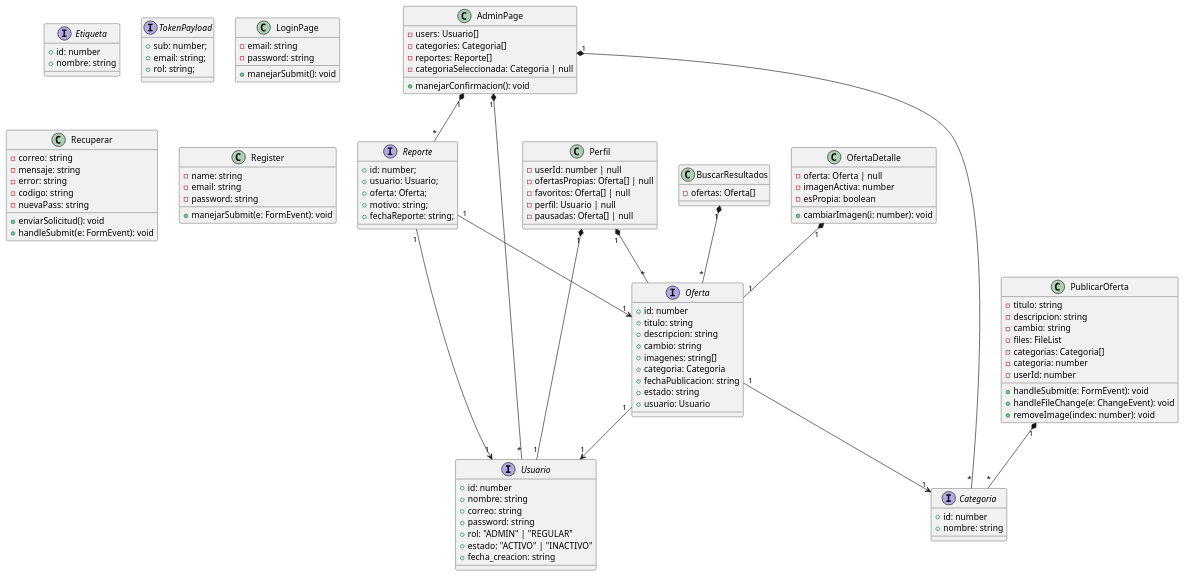
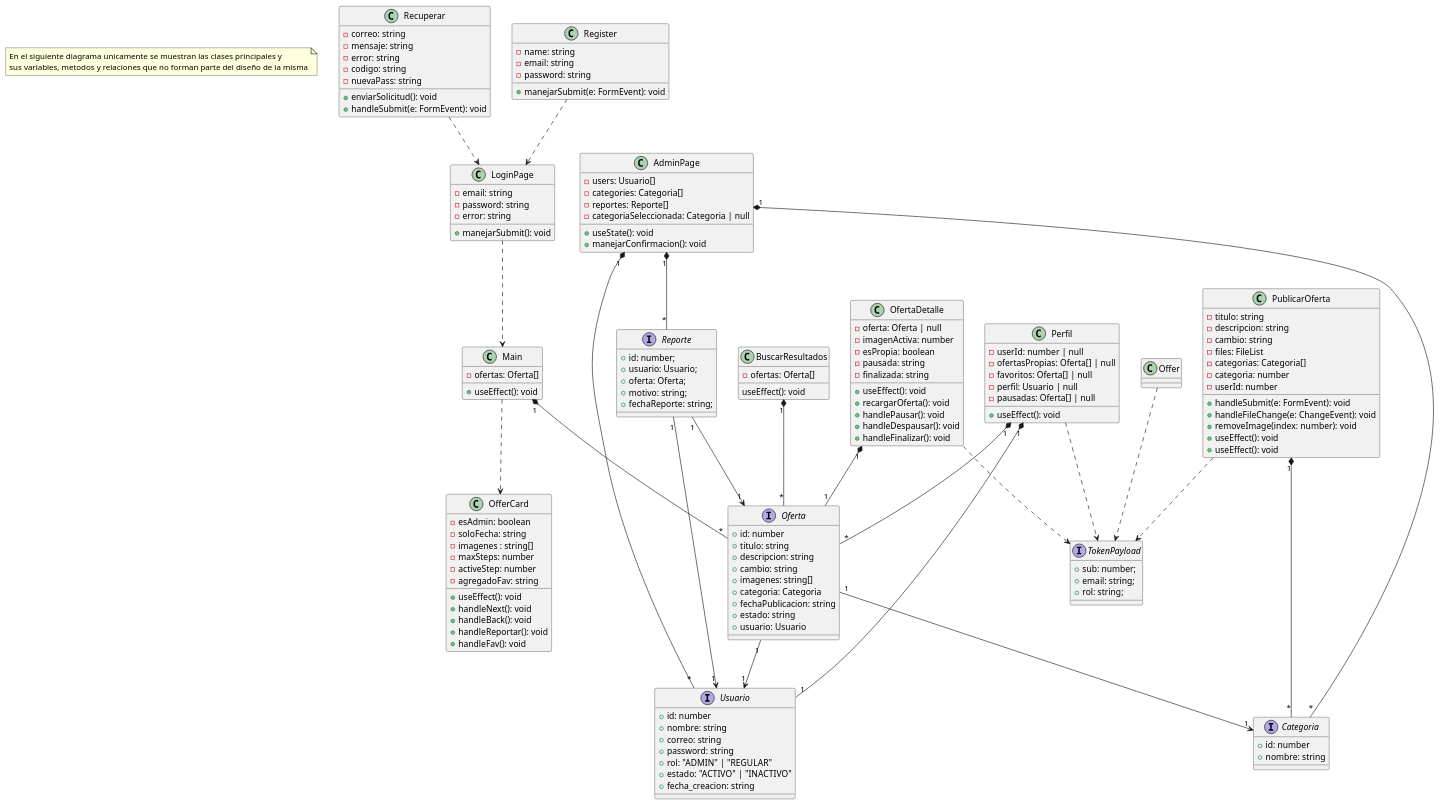
The diagram in diagramaClases.puml (Nando698/trueque-app), drawn with PlantUML before and after one commit. The commit also changed 2 other files, not shown here.

Commit message:
corrección diagrama de clases y armado diagrama de componentes

```diff
--- a/diagramaClases.puml
+++ b/diagramaClases.puml
@@ -1,148 +1,193 @@
 @startuml diagramaClases
+
+note as N1
+En el siguiente diagrama unicamente se muestran las clases principales y 
+sus variables, metodos y relaciones que no forman parte del diseño de la misma
+end note
 
 Interface Usuario{
     +id: number
     +nombre: string
     +correo: string
     +password: string
     +rol: "ADMIN" | "REGULAR"
     +estado: "ACTIVO" | "INACTIVO"
     +fecha_creacion: string
 }
 
 Interface Oferta{
     +id: number
     +titulo: string
     +descripcion: string
     +cambio: string
     +imagenes: string[]
     +categoria: Categoria
     +fechaPublicacion: string
     +estado: string
     +usuario: Usuario
 }
 
 Interface Categoria{
     +id: number
     +nombre: string
 }
 
-Interface Etiqueta{
-    +id: number
-    +nombre: string
-}
-
 interface Reporte{
     +id: number;
     +usuario: Usuario;
     +oferta: Oferta;
     +motivo: string;
     +fechaReporte: string;
 }
 
 interface TokenPayload{
     +sub: number;
     +email: string;
     +rol: string;
 }
 
+class Main{
+    - ofertas: Oferta[]
+    +useEffect(): void
+}
+
 class AdminPage {
     - users: Usuario[]
     - categories: Categoria[]
     - reportes: Reporte[]
     - categoriaSeleccionada: Categoria | null
+    + useState(): void
     + manejarConfirmacion(): void
 }
 
 class LoginPage {
     - email: string
     - password: string
+    - error: string
     + manejarSubmit(): void
 }
 
 class BuscarResultados{
     - ofertas: Oferta[]
+    useEffect(): void
 }
 
 class Perfil{
     - userId: number | null
     - ofertasPropias: Oferta[] | null
     - favoritos: Oferta[] | null
     - perfil: Usuario | null
     - pausadas: Oferta[] | null
+    + useEffect(): void
 }
 
 class OfertaDetalle {
     - oferta: Oferta | null
     - imagenActiva: number
     - esPropia: boolean
-    + cambiarImagen(i: number): void
+    - pausada: string
+    -finalizada: string
+    + useEffect(): void
+    + recargarOferta(): void
+    + handlePausar(): void
+    + handleDespausar(): void
+    + handleFinalizar(): void
 }
 
 class PublicarOferta {
     - titulo: string
     - descripcion: string
     - cambio: string
     - files: FileList
     - categorias: Categoria[]
     - categoria: number
     - userId: number
     + handleSubmit(e: FormEvent): void
     + handleFileChange(e: ChangeEvent): void
     + removeImage(index: number): void
+    + useEffect(): void
+    + useEffect(): void
 }
 
 class Recuperar{
     - correo: string
     - mensaje: string
     - error: string
     - codigo: string
     - nuevaPass: string
 
     + enviarSolicitud(): void
     + handleSubmit(e: FormEvent): void
 }
 
 class Register{
     - name: string
     - email: string
     - password: string
-
     + manejarSubmit(e: FormEvent): void
 }
 
+class OfferCard{
+    - esAdmin: boolean
+    - soloFecha: string
+    - imagenes : string[]
+    - maxSteps: number
+    - activeStep: number
+    - agregadoFav: string
+    + useEffect(): void
+    + handleNext(): void
+    + handleBack(): void
+    + handleReportar(): void
+    + handleFav(): void
+}
+
 ' RELACIONES
+
+' Main
+Main "1" *-- "*" Oferta
 
 ' adminPage
 
 AdminPage "1" *-- "*" Usuario
 AdminPage "1" *-- "*" Categoria
 AdminPage "1" *-- "*" Reporte
 
 Reporte "1" --> "1" Usuario
 Reporte "1" --> "1" Oferta
 
 Oferta "1" --> "1" Categoria
 Oferta "1" --> "1" Usuario
 
 ' BuscarResultados
 
 BuscarResultados "1" *-- "*" Oferta
 
 ' Perfil
 
 Perfil "1" *-- "1" Usuario
 Perfil "1" *-- "*" Oferta
+Perfil ..> TokenPayload
 
 ' OfertaDetalle
 OfertaDetalle "1" *-- "1" Oferta
+OfertaDetalle ..> TokenPayload
 
 ' PublicarOferta
 PublicarOferta "1" *-- "*" Categoria
+PublicarOferta ..> TokenPayload
 
-'''''''''''''''''
+
 'loginPage
+LoginPage ..> Main
+
 'Recuperar
+Recuperar ..> LoginPage
+
 'Register
+Register ..> LoginPage
+
+' OfferCard
+Main ..> OfferCard
+Offer ..> TokenPayload
 
 @enduml
```
